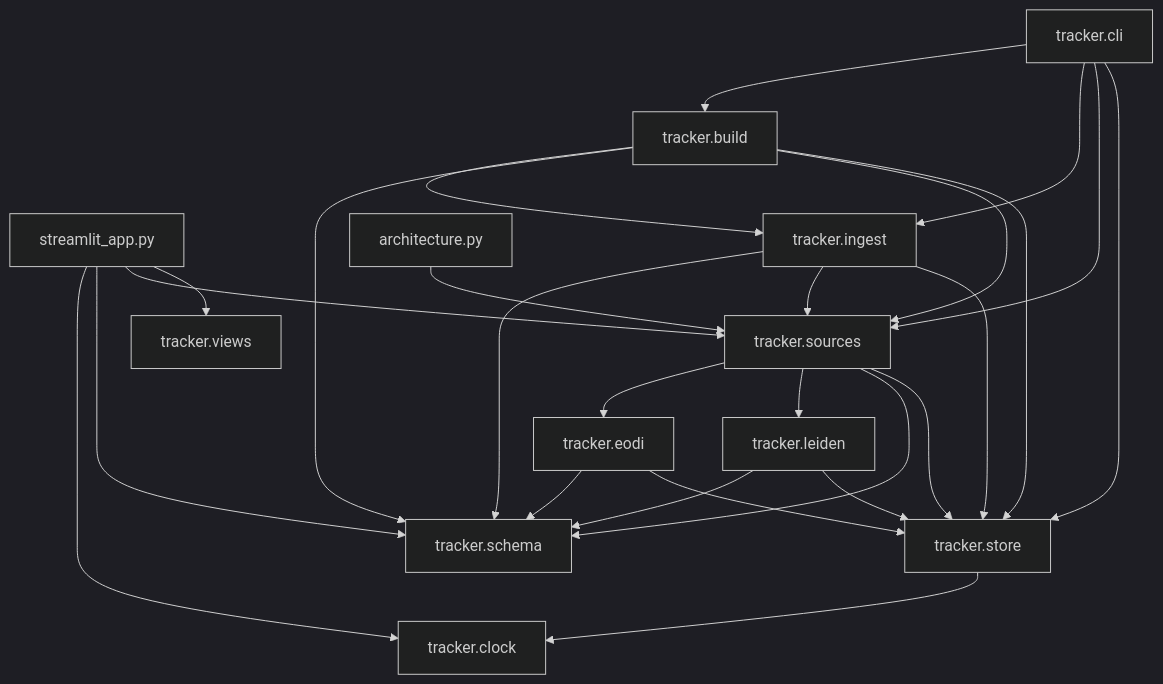
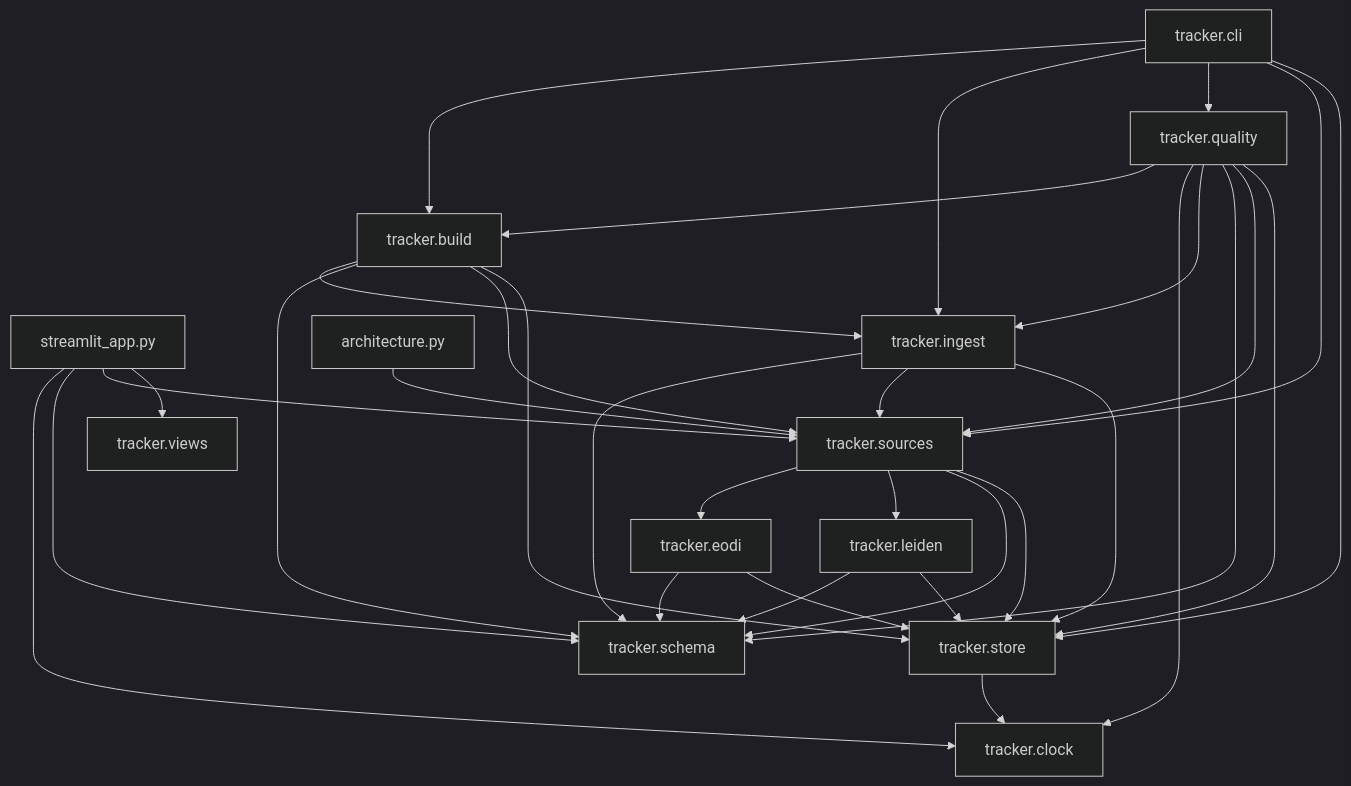
Before and after one commit to tryph0n/hybrid-tracker: the third of 3 diagrams in docs/architecture.md, drawn with Mermaid (dark theme). The commit also changed other lines of this file and 5 other files, not shown here.

First line of the commit message:
feat(quality): add tracker quality to write the quality table and run summary (#153)

````diff
--- a/docs/architecture.md
+++ b/docs/architecture.md
@@ -150,40 +151,48 @@
 ```mermaid
 flowchart TB
   module_streamlit_app_py["streamlit_app.py"]
   module_tracker_build["tracker.build"]
   module_tracker_cli["tracker.cli"]
   module_tracker_clock["tracker.clock"]
   module_tracker_eodi["tracker.eodi"]
   module_tracker_ingest["tracker.ingest"]
   module_tracker_leiden["tracker.leiden"]
+  module_tracker_quality["tracker.quality"]
   module_tracker_schema["tracker.schema"]
   module_tracker_sources["tracker.sources"]
   module_tracker_store["tracker.store"]
   module_tracker_views["tracker.views"]
   module_architecture_py["architecture.py"]
   module_streamlit_app_py --> module_tracker_clock
   module_streamlit_app_py --> module_tracker_schema
   module_streamlit_app_py --> module_tracker_sources
   module_streamlit_app_py --> module_tracker_views
   module_tracker_build --> module_tracker_ingest
   module_tracker_build --> module_tracker_schema
   module_tracker_build --> module_tracker_sources
   module_tracker_build --> module_tracker_store
   module_tracker_cli --> module_tracker_build
   module_tracker_cli --> module_tracker_ingest
+  module_tracker_cli --> module_tracker_quality
   module_tracker_cli --> module_tracker_sources
   module_tracker_cli --> module_tracker_store
   module_tracker_eodi --> module_tracker_schema
   module_tracker_eodi --> module_tracker_store
   module_tracker_ingest --> module_tracker_schema
   module_tracker_ingest --> module_tracker_sources
   module_tracker_ingest --> module_tracker_store
   module_tracker_leiden --> module_tracker_schema
   module_tracker_leiden --> module_tracker_store
+  module_tracker_quality --> module_tracker_build
+  module_tracker_quality --> module_tracker_clock
+  module_tracker_quality --> module_tracker_ingest
+  module_tracker_quality --> module_tracker_schema
+  module_tracker_quality --> module_tracker_sources
+  module_tracker_quality --> module_tracker_store
   module_tracker_sources --> module_tracker_eodi
   module_tracker_sources --> module_tracker_leiden
   module_tracker_sources --> module_tracker_schema
   module_tracker_sources --> module_tracker_store
   module_tracker_store --> module_tracker_clock
   module_architecture_py --> module_tracker_sources
 ```
````
